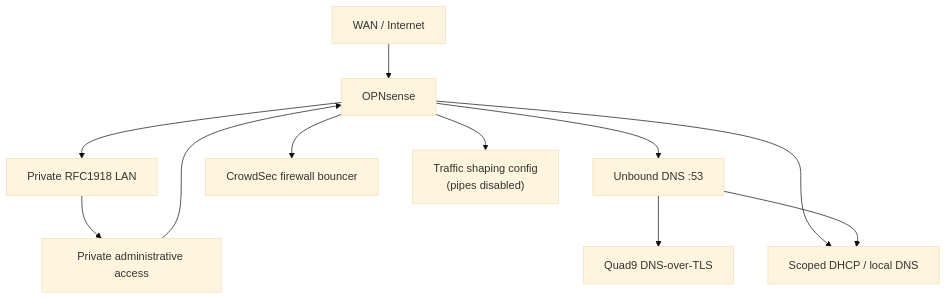
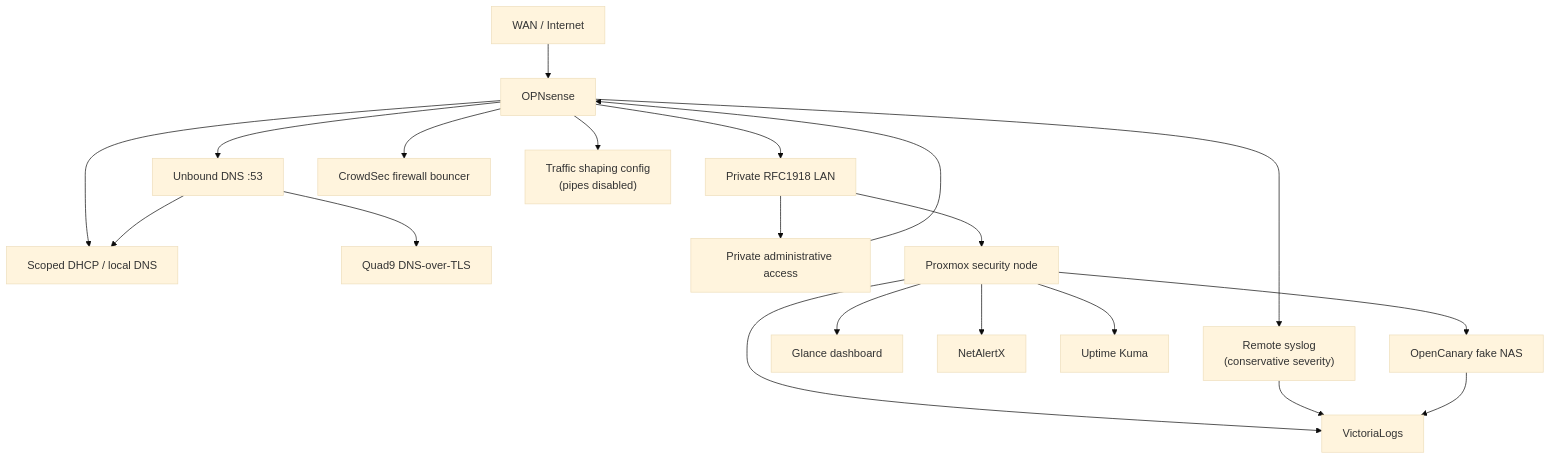
The diagram in docs/architecture.md (srkyn/home-network-security), drawn with Mermaid (base theme) before and after one commit. The commit also changed other lines of this file and 7 other files, not shown here.

Commit message:
Document Proxmox security control plane

````diff
--- a/docs/architecture.md
+++ b/docs/architecture.md
@@ -29,13 +33,22 @@
 ```mermaid
 flowchart TD
     WAN["WAN / Internet"] --> FW["OPNsense"]
     FW --> LAN["Private RFC1918 LAN"]
     FW --> UNBOUND["Unbound DNS :53"]
     FW --> DNSMASQ["Scoped DHCP / local DNS"]
     FW --> CROWDSEC["CrowdSec firewall bouncer"]
     FW --> SHAPER["Traffic shaping config<br/>(pipes disabled)"]
+    FW --> SYSLOG["Remote syslog<br/>(conservative severity)"]
     UNBOUND --> QUAD9["Quad9 DNS-over-TLS"]
     UNBOUND --> DNSMASQ
     LAN --> MGMT["Private administrative access"]
     MGMT --> FW
+    LAN --> PVE["Proxmox security node"]
+    PVE --> DASH["Glance dashboard"]
+    PVE --> LOGS["VictoriaLogs"]
+    PVE --> ALERTX["NetAlertX"]
+    PVE --> KUMA["Uptime Kuma"]
+    PVE --> CANARY["OpenCanary fake NAS"]
+    SYSLOG --> LOGS
+    CANARY --> LOGS
 ```
````
